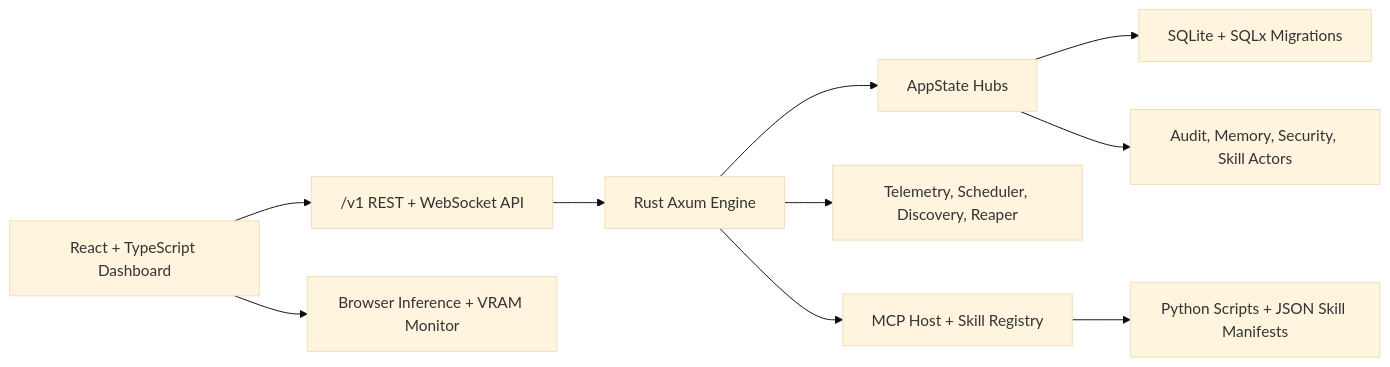
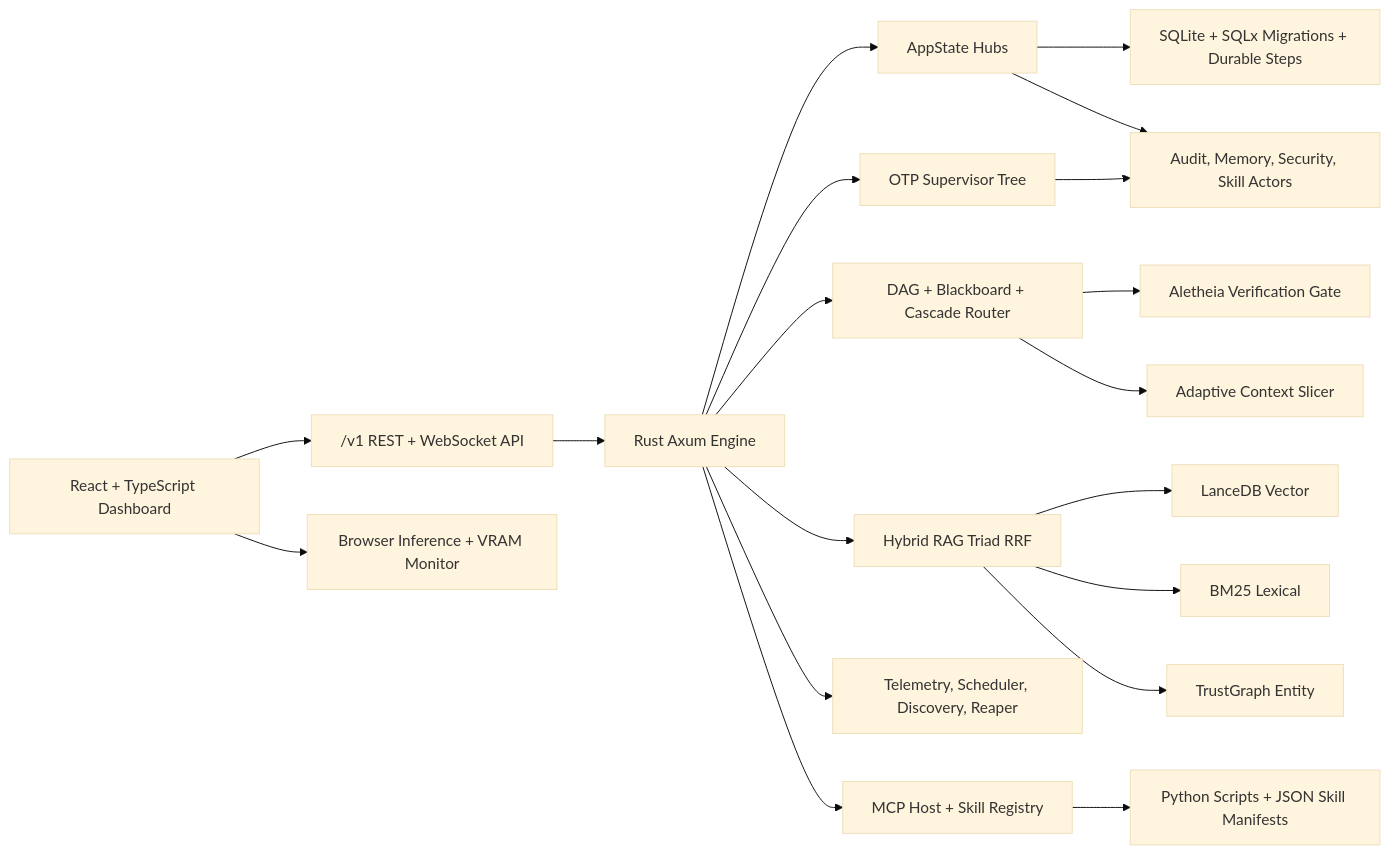
One commit to DDS-Solutions/Autonomous-Agentic-Tadpole changed the diagram in README.md. Above: the diagram before and after it, drawn with Mermaid (base theme). The commit also changed other lines of this file and 23 other files, not shown here.

First line of the commit message:
feat: Next-Gen Orchestration Engine — Phases 1-3 Kernel + Upgrades 1-5 Swarm

````diff
--- a/README.md
+++ b/README.md
@@ -73,12 +86,21 @@
 ```mermaid
 flowchart LR
   Dashboard["React + TypeScript Dashboard"] --> API["/v1 REST + WebSocket API"]
   API --> Engine["Rust Axum Engine"]
   Engine --> State["AppState Hubs"]
-  State --> DB["SQLite + SQLx Migrations"]
+  State --> DB["SQLite + SQLx Migrations + Durable Steps"]
   State --> Actors["Audit, Memory, Security, Skill Actors"]
+  Engine --> Supervisor["OTP Supervisor Tree"]
+  Supervisor --> Actors
+  Engine --> Orchestration["DAG + Blackboard + Cascade Router"]
+  Orchestration --> Gate["Aletheia Verification Gate"]
+  Orchestration --> Slicer["Adaptive Context Slicer"]
+  Engine --> RAG["Hybrid RAG Triad RRF"]
+  RAG --> VectorDB["LanceDB Vector"]
+  RAG --> BM25["BM25 Lexical"]
+  RAG --> TrustGraph["TrustGraph Entity"]
   Engine --> Workers["Telemetry, Scheduler, Discovery, Reaper"]
   Engine --> MCP["MCP Host + Skill Registry"]
   MCP --> Execution["Python Scripts + JSON Skill Manifests"]
   Dashboard --> BrowserRuntime["Browser Inference + VRAM Monitor"]
 ```
````
